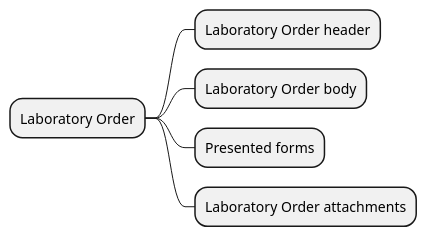
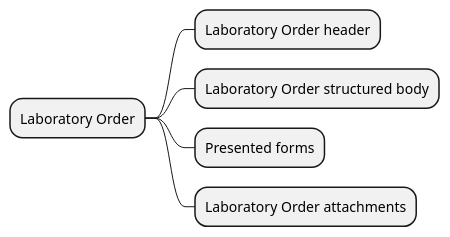
Before and after one commit to Xt-EHR/xt-ehr-common: the diagram in input/images-source/labOrder_CIM.plantuml, drawn with PlantUML.

```diff
--- a/input/images-source/labOrder_CIM.plantuml
+++ b/input/images-source/labOrder_CIM.plantuml
@@ -1,7 +1,7 @@
 @startmindmap
 * Laboratory Order
 ** Laboratory Order header
-** Laboratory Order body
+** Laboratory Order structured body
 ** Presented forms
 ** Laboratory Order attachments
 @endmindmap
```
